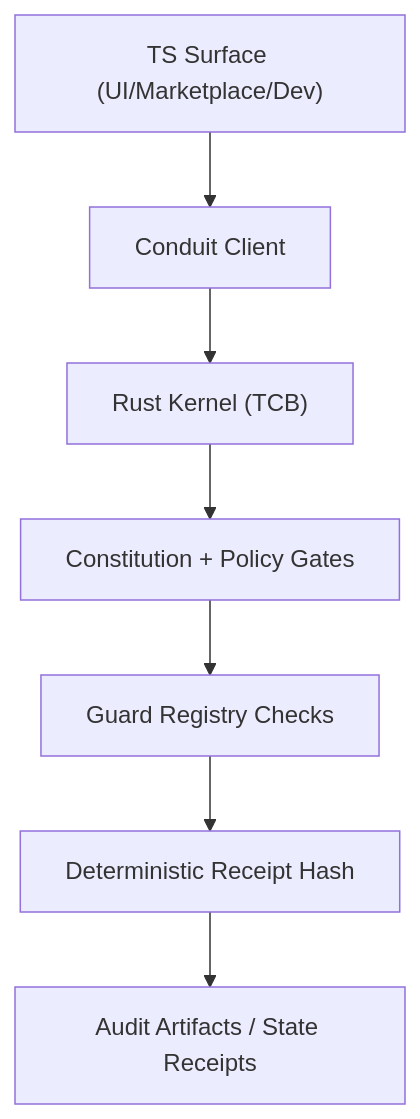
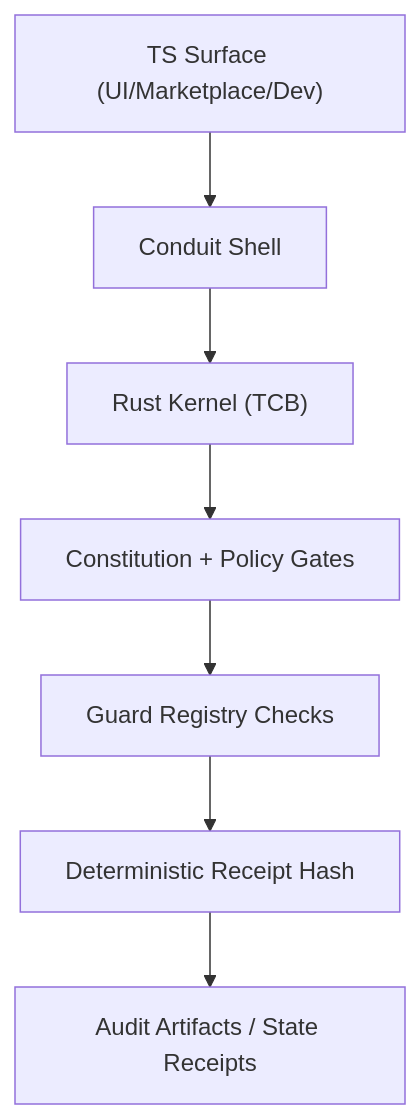
One commit to jakerslam/protheus changed the diagram in docs/client/SECURITY_POSTURE.md. Above: the diagram before and after it, drawn with Mermaid. The commit also changed other lines of this file and 258 other files, not shown here.

````diff
--- a/docs/client/SECURITY_POSTURE.md
+++ b/docs/client/SECURITY_POSTURE.md
@@ -29,9 +29,9 @@
 ```mermaid
 flowchart TD
-  TS["TS Surface (UI/Marketplace/Dev)"] --> C["Conduit Client"]
+  TS["TS Surface (UI/Marketplace/Dev)"] --> C["Conduit Shell"]
   C --> R["Rust Kernel (TCB)"]
   R --> P["Constitution + Policy Gates"]
   P --> G["Guard Registry Checks"]
   G --> H["Deterministic Receipt Hash"]
   H --> A["Audit Artifacts / State Receipts"]
 ```
````
